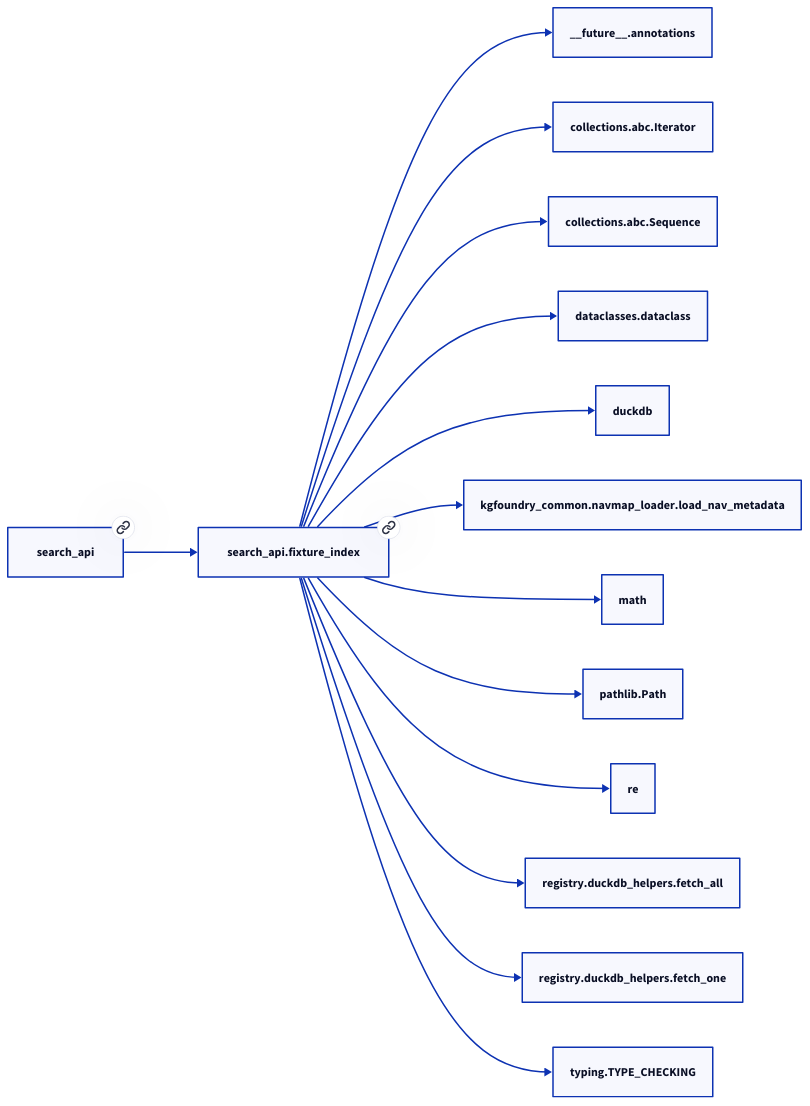
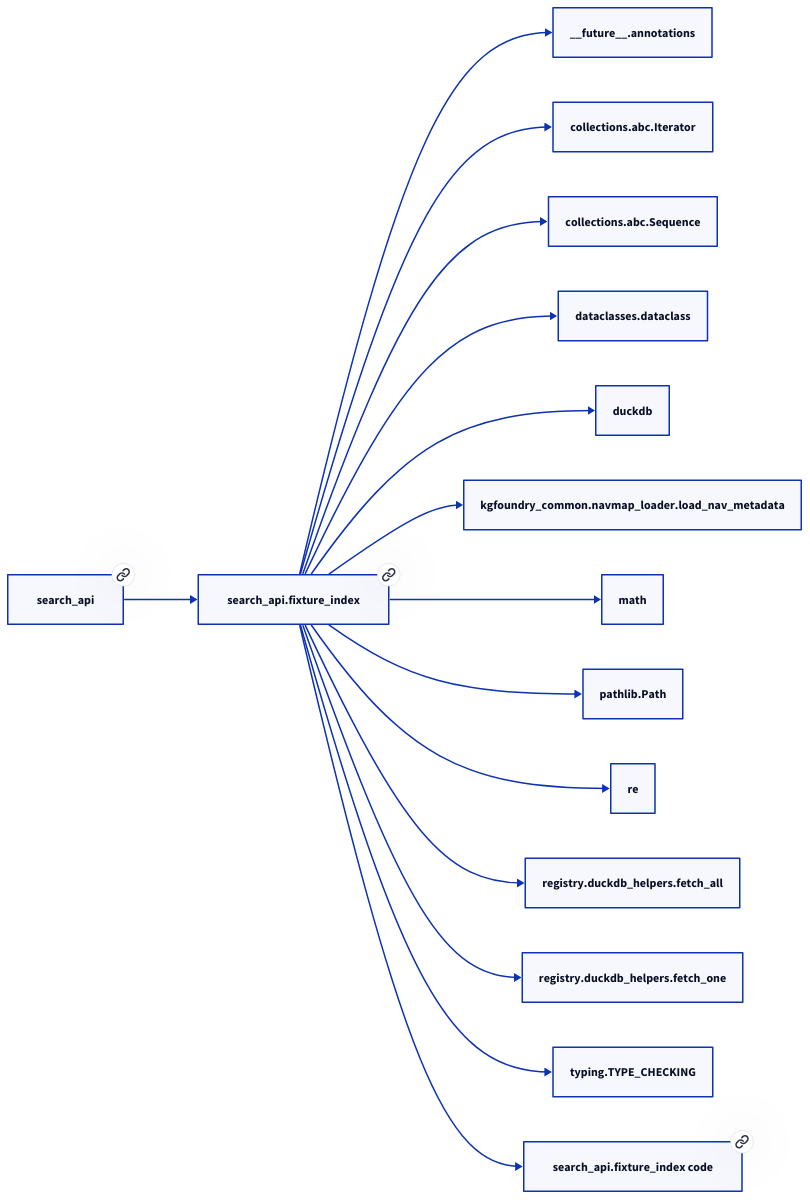
The second of 2 diagrams in docs/modules/search_api/fixture_index.md (paul-heyse/kgforge), drawn with D2 before and after one commit. The commit also changed other lines of this file and 319 other files, not shown here.

````diff
--- a/docs/modules/search_api/fixture_index.md
+++ b/docs/modules/search_api/fixture_index.md
@@ -50,30 +52,32 @@
 ```d2
 direction: right
-"search_api.fixture_index": "search_api.fixture_index" { link: "fixture_index.md" }
+"search_api.fixture_index": "search_api.fixture_index" { link: "./search_api/fixture_index.md" }
 "__future__.annotations": "__future__.annotations"
 "search_api.fixture_index" -> "__future__.annotations"
 "collections.abc.Iterator": "collections.abc.Iterator"
 "search_api.fixture_index" -> "collections.abc.Iterator"
 "collections.abc.Sequence": "collections.abc.Sequence"
 "search_api.fixture_index" -> "collections.abc.Sequence"
 "dataclasses.dataclass": "dataclasses.dataclass"
 "search_api.fixture_index" -> "dataclasses.dataclass"
 "duckdb": "duckdb"
 "search_api.fixture_index" -> "duckdb"
 "kgfoundry_common.navmap_loader.load_nav_metadata": "kgfoundry_common.navmap_loader.load_nav_metadata"
 "search_api.fixture_index" -> "kgfoundry_common.navmap_loader.load_nav_metadata"
 "math": "math"
 "search_api.fixture_index" -> "math"
 "pathlib.Path": "pathlib.Path"
 "search_api.fixture_index" -> "pathlib.Path"
 "re": "re"
 "search_api.fixture_index" -> "re"
 "registry.duckdb_helpers.fetch_all": "registry.duckdb_helpers.fetch_all"
 "search_api.fixture_index" -> "registry.duckdb_helpers.fetch_all"
 "registry.duckdb_helpers.fetch_one": "registry.duckdb_helpers.fetch_one"
 "search_api.fixture_index" -> "registry.duckdb_helpers.fetch_one"
 "typing.TYPE_CHECKING": "typing.TYPE_CHECKING"
 "search_api.fixture_index" -> "typing.TYPE_CHECKING"
-"search_api": "search_api" { link: "../search_api.md" }
+"search_api": "search_api" { link: "./search_api.md" }
 "search_api" -> "search_api.fixture_index"
+"search_api.fixture_index_code": "search_api.fixture_index code" { link: "https://github.com/kgfoundry/kgfoundry/blob/main/src/search_api/fixture_index.py" }
+"search_api.fixture_index" -> "search_api.fixture_index_code" { style: dashed }
 ```
````
